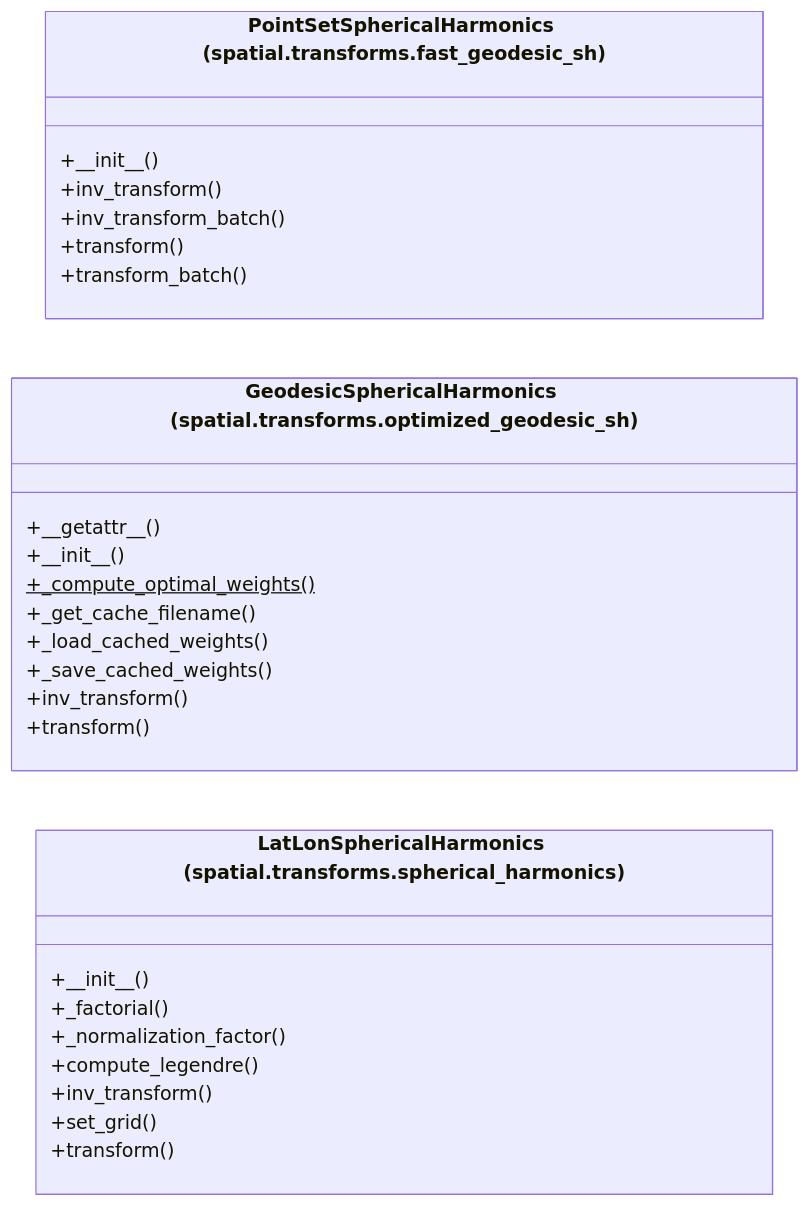
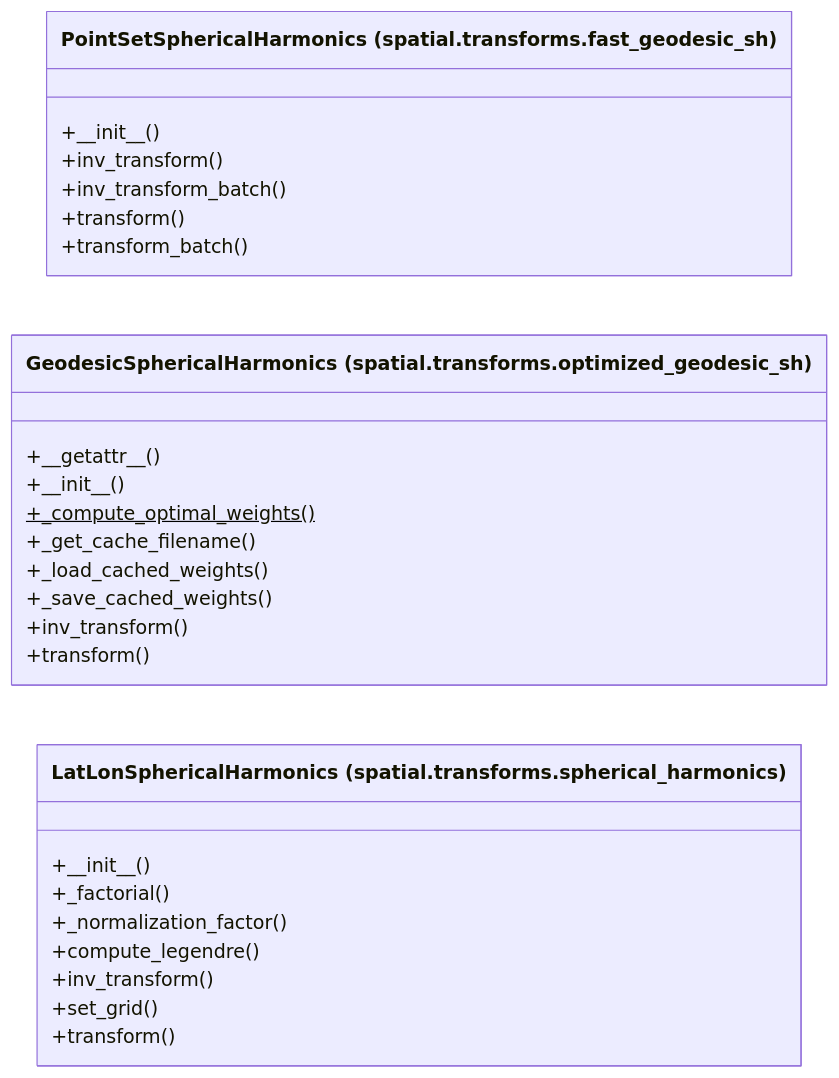
Before and after one commit to AlexandreEros/Palintropos: the second of 2 diagrams in docs/architecture/current/packages/tropoi.spatial.transforms.md, drawn with Mermaid. The commit also changed other lines of this file and 49 other files, not shown here.

First line of the commit message:
Refresh architecture snapshot after merging main

````diff
--- a/docs/architecture/current/packages/tropoi.spatial.transforms.md
+++ b/docs/architecture/current/packages/tropoi.spatial.transforms.md
@@ -68,29 +68,29 @@
 ```mermaid
-%% Generated by tools.architecture 2.1.0. Do not edit by hand.
+%% Generated by tools.architecture 2.2.0. Do not edit by hand.
 %% Classes of tropoi.spatial.transforms
 classDiagram
     direction LR
-    class c_tropoi_ospatial_otransforms_ofast__geodesic__sh_oPointSetSphericalHarmonics["PointSetSphericalHarmonics (spatial.transforms.fast_geodesic_sh)"]
+    class c_tropoi_ospatial_otransforms_ofast__geodesic__sh_oPointSetSphericalHarmonics["PointSetSphericalHarmonics (spatial.transforms.fast#95;geodesic#95;sh)"]
     c_tropoi_ospatial_otransforms_ofast__geodesic__sh_oPointSetSphericalHarmonics : +#95;#95;init#95;#95;()
     c_tropoi_ospatial_otransforms_ofast__geodesic__sh_oPointSetSphericalHarmonics : +inv#95;transform()
     c_tropoi_ospatial_otransforms_ofast__geodesic__sh_oPointSetSphericalHarmonics : +inv#95;transform#95;batch()
     c_tropoi_ospatial_otransforms_ofast__geodesic__sh_oPointSetSphericalHarmonics : +transform()
     c_tropoi_ospatial_otransforms_ofast__geodesic__sh_oPointSetSphericalHarmonics : +transform#95;batch()
-    class c_tropoi_ospatial_otransforms_ooptimized__geodesic__sh_oGeodesicSphericalHarmonics["GeodesicSphericalHarmonics (spatial.transforms.optimized_geodesic_sh)"]
+    class c_tropoi_ospatial_otransforms_ooptimized__geodesic__sh_oGeodesicSphericalHarmonics["GeodesicSphericalHarmonics (spatial.transforms.optimized#95;geodesic#95;sh)"]
     c_tropoi_ospatial_otransforms_ooptimized__geodesic__sh_oGeodesicSphericalHarmonics : +#95;#95;getattr#95;#95;()
     c_tropoi_ospatial_otransforms_ooptimized__geodesic__sh_oGeodesicSphericalHarmonics : +#95;#95;init#95;#95;()
     c_tropoi_ospatial_otransforms_ooptimized__geodesic__sh_oGeodesicSphericalHarmonics : +#95;compute#95;optimal#95;weights()$
     c_tropoi_ospatial_otransforms_ooptimized__geodesic__sh_oGeodesicSphericalHarmonics : +#95;get#95;cache#95;filename()
     c_tropoi_ospatial_otransforms_ooptimized__geodesic__sh_oGeodesicSphericalHarmonics : +#95;load#95;cached#95;weights()
     c_tropoi_ospatial_otransforms_ooptimized__geodesic__sh_oGeodesicSphericalHarmonics : +#95;save#95;cached#95;weights()
     c_tropoi_ospatial_otransforms_ooptimized__geodesic__sh_oGeodesicSphericalHarmonics : +inv#95;transform()
     c_tropoi_ospatial_otransforms_ooptimized__geodesic__sh_oGeodesicSphericalHarmonics : +transform()
-    class c_tropoi_ospatial_otransforms_ospherical__harmonics_oLatLonSphericalHarmonics["LatLonSphericalHarmonics (spatial.transforms.spherical_harmonics)"]
+    class c_tropoi_ospatial_otransforms_ospherical__harmonics_oLatLonSphericalHarmonics["LatLonSphericalHarmonics (spatial.transforms.spherical#95;harmonics)"]
     c_tropoi_ospatial_otransforms_ospherical__harmonics_oLatLonSphericalHarmonics : +#95;#95;init#95;#95;()
     c_tropoi_ospatial_otransforms_ospherical__harmonics_oLatLonSphericalHarmonics : +#95;factorial()
     c_tropoi_ospatial_otransforms_ospherical__harmonics_oLatLonSphericalHarmonics : +#95;normalization#95;factor()
     c_tropoi_ospatial_otransforms_ospherical__harmonics_oLatLonSphericalHarmonics : +compute#95;legendre()
     c_tropoi_ospatial_otransforms_ospherical__harmonics_oLatLonSphericalHarmonics : +inv#95;transform()
     c_tropoi_ospatial_otransforms_ospherical__harmonics_oLatLonSphericalHarmonics : +set#95;grid()
     c_tropoi_ospatial_otransforms_ospherical__harmonics_oLatLonSphericalHarmonics : +transform()
 ```
````
